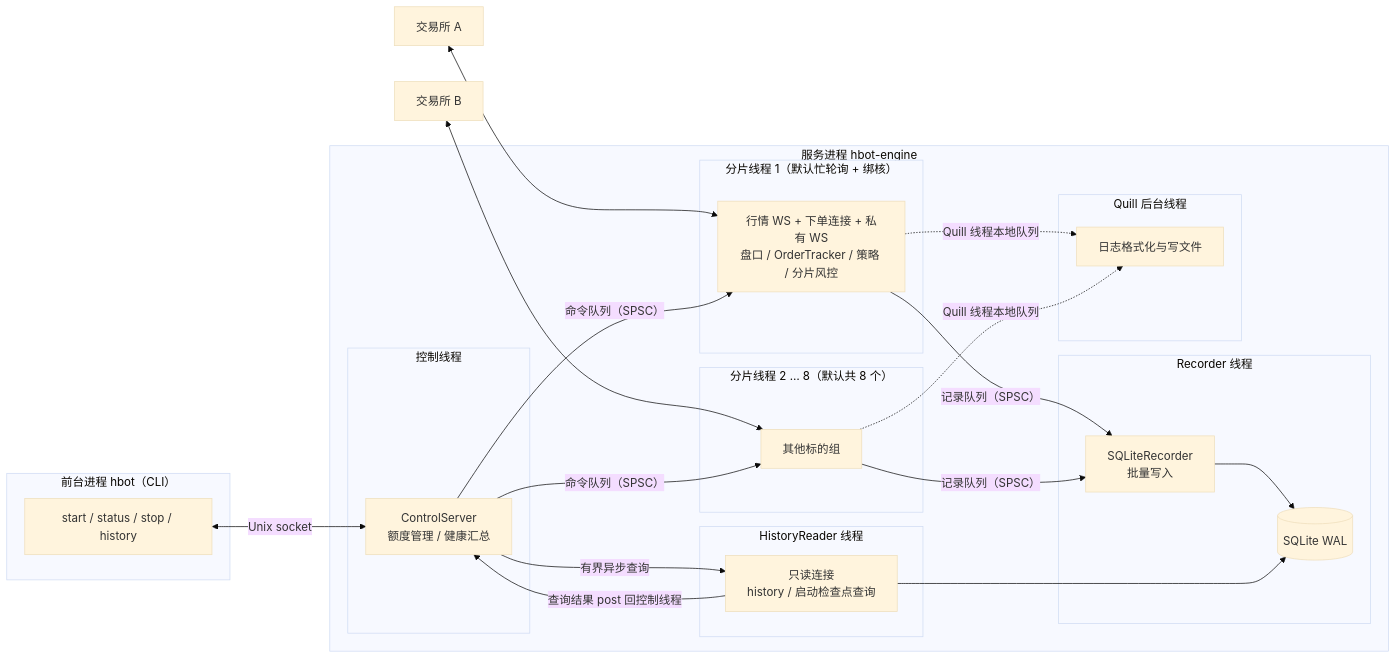
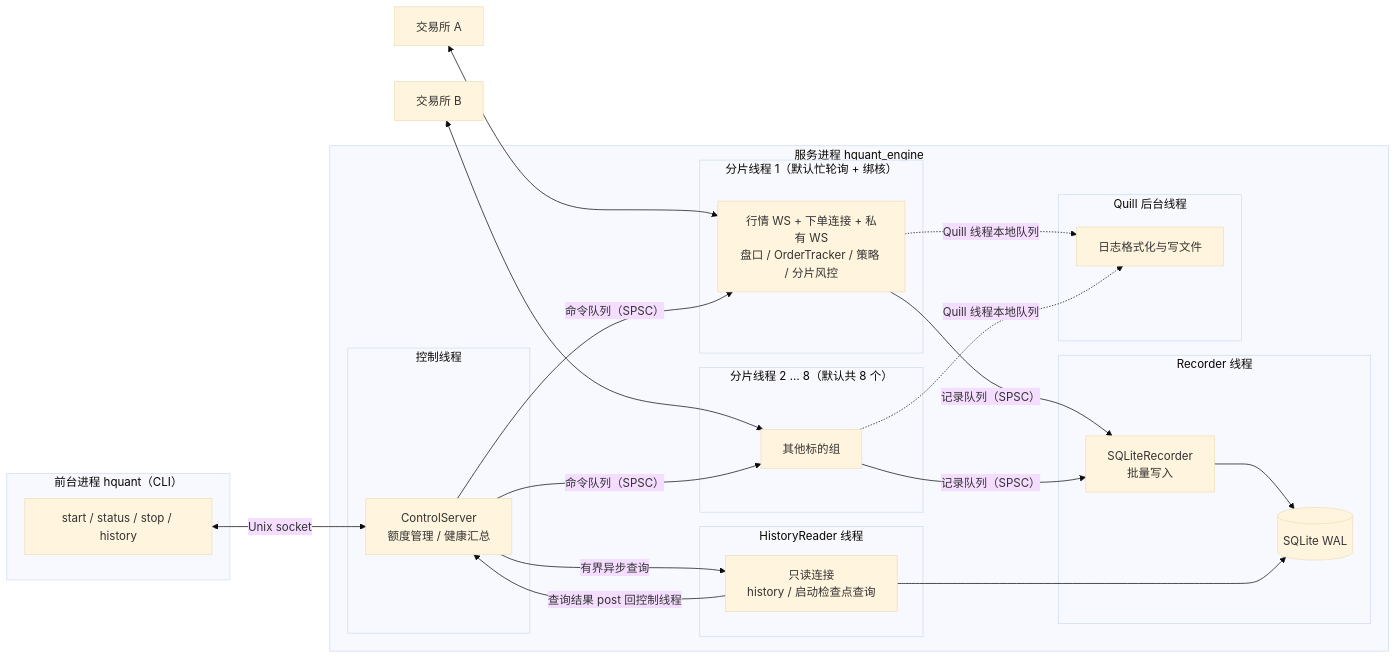
Before and after one commit to larrystd/hbot-quant: the first of 11 diagrams in docs/ARCHITECTURE.md, drawn with Mermaid (base theme). The commit also changed other lines of this file and 312 other files, not shown here.

````diff
--- a/docs/ARCHITECTURE.md
+++ b/docs/ARCHITECTURE.md
@@ -11,42 +11,42 @@
 ```mermaid
 flowchart LR
-    subgraph FRONT["前台进程 hbot（CLI）"]
+    subgraph FRONT["前台进程 hquant（CLI）"]
         CLI["start / status / stop / history"]
     end
 
-    subgraph ENGINE["服务进程 hbot-engine"]
+    subgraph ENGINE["服务进程 hquant_engine"]
         subgraph S1["分片线程 1（默认忙轮询 + 绑核）"]
             SH1["行情 WS + 下单连接 + 私有 WS<br/>盘口 / OrderTracker / 策略 / 分片风控"]
         end
         subgraph S2["分片线程 2 … 8（默认共 8 个）"]
             SH2["其他标的组"]
         end
         subgraph CTRL["控制线程"]
             CONTROL["ControlServer<br/>额度管理 / 健康汇总"]
         end
         subgraph REC["Recorder 线程"]
             RECORDER["SQLiteRecorder<br/>批量写入"]
             DB[("SQLite WAL")]
         end
         subgraph HIST["HistoryReader 线程"]
             READER["只读连接<br/>history / 启动检查点查询"]
         end
         subgraph LOGT["Quill 后台线程"]
             QUILL["日志格式化与写文件"]
         end
     end
 
     VENUE1["交易所 A"] <--> SH1
     VENUE2["交易所 B"] <--> SH2
     CLI <-->|"Unix socket"| CONTROL
     CONTROL -->|"命令队列（SPSC）"| SH1
     CONTROL -->|"命令队列（SPSC）"| SH2
     SH1 -->|"记录队列（SPSC）"| RECORDER
     SH2 -->|"记录队列（SPSC）"| RECORDER
     RECORDER --> DB
     CONTROL -->|"有界异步查询"| READER
     READER --> DB
     READER -->|"查询结果 post 回控制线程"| CONTROL
     SH1 -.->|"Quill 线程本地队列"| QUILL
     SH2 -.->|"Quill 线程本地队列"| QUILL
 ```
````
